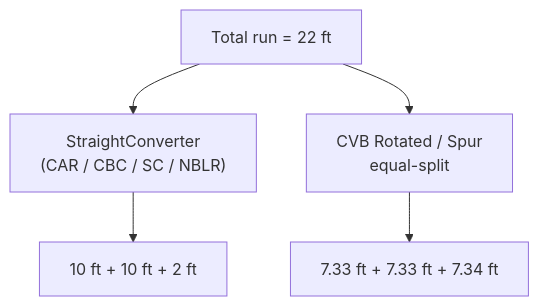
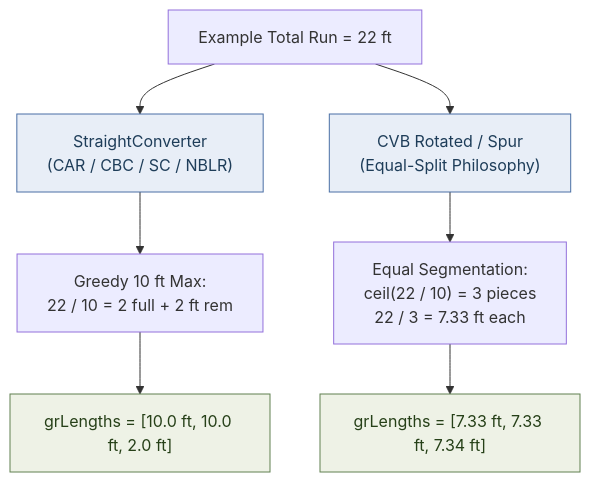
Diagram 14 of 20 in RevitApiSamples/Samples/TransformModule/ProjectCases/Conveyor/ConveyorFamilyGeometry.md (Mustafa-TOMMY/CommandSamplesRevitApiVer2025), drawn with Mermaid before and after one commit. The commit also changed other lines of this file, not shown here.

Commit message:
docs(transform): add comprehensive diagram suite to ConveyorFamilyGeometry.md

````diff
--- a/RevitApiSamples/Samples/TransformModule/ProjectCases/Conveyor/ConveyorFamilyGeometry.md
+++ b/RevitApiSamples/Samples/TransformModule/ProjectCases/Conveyor/ConveyorFamilyGeometry.md
@@ -595,7 +705,16 @@
 ```mermaid
 flowchart TB
-    Total["Total run = 22 ft"] --> SC["StraightConverter<br/>(CAR / CBC / SC / NBLR)"]
-    Total --> EQ["CVB Rotated / Spur<br/>equal-split"]
-    SC --> SCr["10 ft + 10 ft + 2 ft"]
-    EQ --> EQr["7.33 ft + 7.33 ft + 7.34 ft"]
+    Total["Example Total Run = 22 ft"] --> SC["StraightConverter<br/>(CAR / CBC / SC / NBLR)"]
+    Total --> EQ["CVB Rotated / Spur<br/>(Equal-Split Philosophy)"]
+
+    SC --> SC_Math["Greedy 10 ft Max:<br/>22 / 10 = 2 full + 2 ft rem"]
+    SC_Math --> SC_Res["grLengths = [10.0 ft, 10.0 ft, 2.0 ft]"]
+
+    EQ --> EQ_Math["Equal Segmentation:<br/>ceil(22 / 10) = 3 pieces<br/>22 / 3 = 7.33 ft each"]
+    EQ_Math --> EQ_Res["grLengths = [7.33 ft, 7.33 ft, 7.34 ft]"]
+
+    classDef tree fill:#e8eef7,stroke:#4a6fa5,color:#1e3d59;
+    classDef split fill:#eef2e6,stroke:#608050,color:#264018;
+    class SC,EQ tree
+    class SC_Res,EQ_Res split
 ```
````
